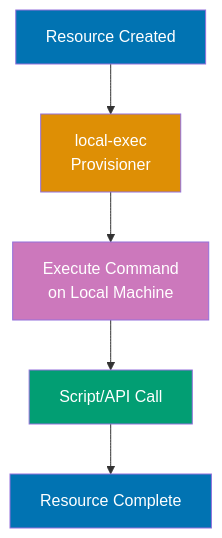
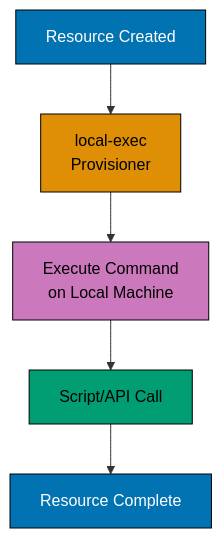
One commit to wahidyankf/ose-public changed the ninth of 11 diagrams in apps/ayokoding-www/content/en/learn/legacy/software-engineering/infrastructure/tools/terraform/by-example/intermediate.md. Above: the diagram before and after it, drawn with Mermaid. The commit also changed other lines of this file and 131 other files, not shown here.

First line of the commit message:
fix(mermaid): bring the legacy data, infrastructure, and testing diagrams onto the accessible palette

````diff
--- a/apps/ayokoding-www/content/en/learn/legacy/software-engineering/infrastructure/tools/terraform/by-example/intermediate.md
+++ b/apps/ayokoding-www/content/en/learn/legacy/software-engineering/infrastructure/tools/terraform/by-example/intermediate.md
@@ -2046,14 +2103,21 @@
 ```mermaid
 %% Color Palette: Blue #0173B2, Orange #DE8F05, Teal #029E73, Purple #CC78BC
 graph TD
+ accTitle: Example 44: Local-Exec Provisioner for External Commands
+ accDescr: Graph with 5 nodes and 4 connections. Nodes: Resource Created, local-exec Provisioner, Execute Command on Local Machine, Script/API Call, Resource Complete. Connections: Resource Created to local-exec Provisioner, local-exec Provisioner to Execute Command on Local Machine, Execute Command on Local Machine to Script/API Call, Script/API Call to Resource Complete.
  A["Resource Created"] --> B["local-exec<br/>Provisioner"]
  B --> C["Execute Command<br/>on Local Machine"]
  C --> D["Script/API Call"]
  D --> E["Resource Complete"]
 
- style A fill:#0173B2,color:#fff
- style B fill:#DE8F05,color:#fff
- style C fill:#CC78BC,color:#fff
- style D fill:#029E73,color:#fff
- style E fill:#0173B2,color:#fff
+ classDef pal-0173B2 fill:#0173B2,stroke:#000000,color:#FFFFFF
+ class A pal-0173B2
+ classDef pal-DE8F05 fill:#DE8F05,stroke:#000000,color:#000000
+ class B pal-DE8F05
+ classDef pal-CC78BC fill:#CC78BC,stroke:#000000,color:#000000
+ class C pal-CC78BC
+ classDef pal-029E73 fill:#029E73,stroke:#000000,color:#000000
+ class D pal-029E73
+ class E pal-0173B2
+ classDef default fill:#FFFFFF,stroke:#000000,color:#000000
 ```
````
